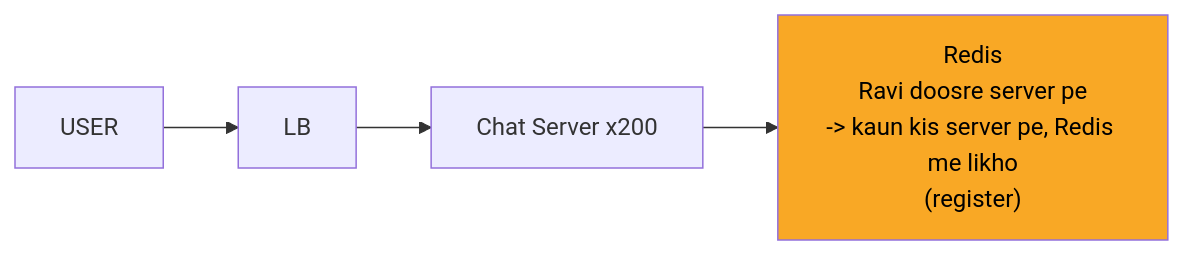
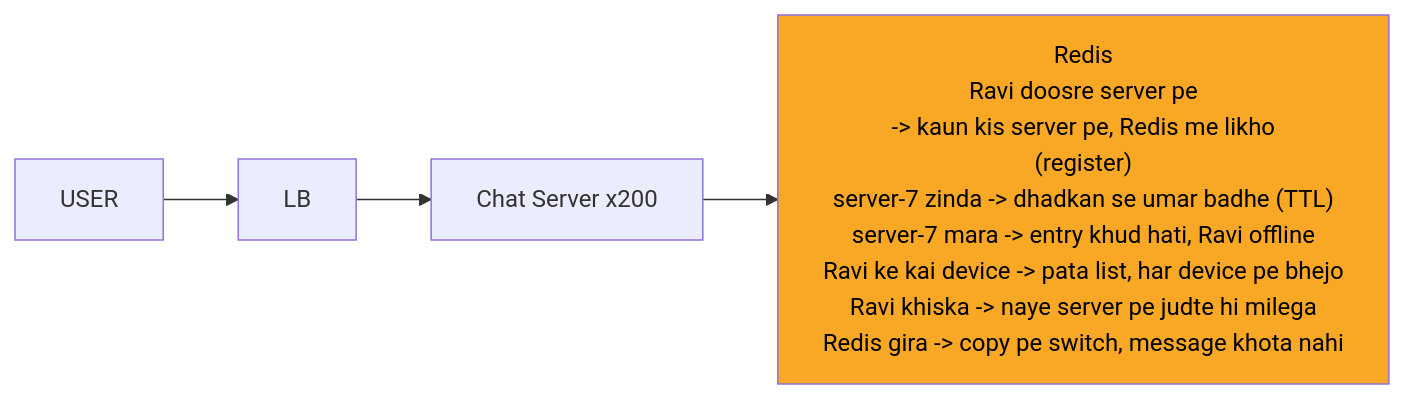
One commit to ArpanMaheshwari144/Prep changed the third of 12 diagrams in 04_HLD/SYSTEM_DESIGNS/14_chat_messaging/14_chat_messaging.md. Above: the diagram before and after it, drawn with Mermaid. The commit also changed other lines of this file and 12 other files, not shown here.

Commit message:
hld 02-14: peele dabbe me SAFAR ke mod + diagram chauda (wrappingWidth 450)

````diff
--- a/04_HLD/SYSTEM_DESIGNS/14_chat_messaging/14_chat_messaging.md
+++ b/04_HLD/SYSTEM_DESIGNS/14_chat_messaging/14_chat_messaging.md
@@ -159,11 +161,12 @@
 ```mermaid
+%%{init: {"flowchart": {"wrappingWidth": 450}}}%%
 flowchart LR
     n_U["USER"]
     n_LB["LB"]
     n_CS["Chat Server x200"]
-    n_R["Redis<br/>Ravi doosre server pe<br/>-> kaun kis server pe, Redis me likho<br/>(register)"]
+    n_R["Redis<br/>Ravi doosre server pe<br/>-> kaun kis server pe, Redis me likho<br/>(register)<br/>server-7 zinda -> dhadkan se umar badhe (TTL)<br/>server-7 mara -> entry khud hati, Ravi offline<br/>Ravi ke kai device -> pata list, har device pe bhejo<br/>Ravi khiska -> naye server pe judte hi milega<br/>Redis gira -> copy pe switch, message khota nahi"]
     n_U --> n_LB
     n_LB --> n_CS
     n_CS --> n_R
     style n_R fill:#f9a825,color:#000
 ```
````
